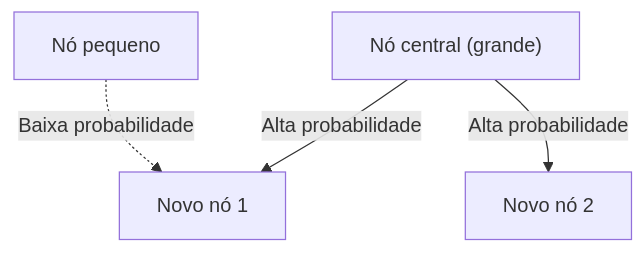
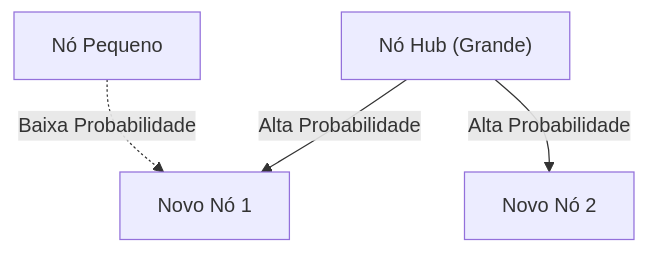
Before and after one commit to kenjinote/blog: the diagram in content/post/zipfs-law/index.pt.md, drawn with Mermaid. The commit also changed other lines of this file and 97 other files, not shown here.

````diff
--- a/content/post/zipfs-law/index.pt.md
+++ b/content/post/zipfs-law/index.pt.md
@@ -115,6 +115,6 @@
 ```mermaid
 graph TD
-  A["Nó central (grande)"] -->|"Alta probabilidade"| B["Novo nó 1"]
-  A -->|"Alta probabilidade"| C["Novo nó 2"]
-  D["Nó pequeno"] -.->|"Baixa probabilidade"| B
+  A["Nó Hub (Grande)"] -->|"Alta Probabilidade"| B["Novo Nó 1"]
+  A -->|"Alta Probabilidade"| C["Novo Nó 2"]
+  D["Nó Pequeno"] -.->|"Baixa Probabilidade"| B
 ```
````
